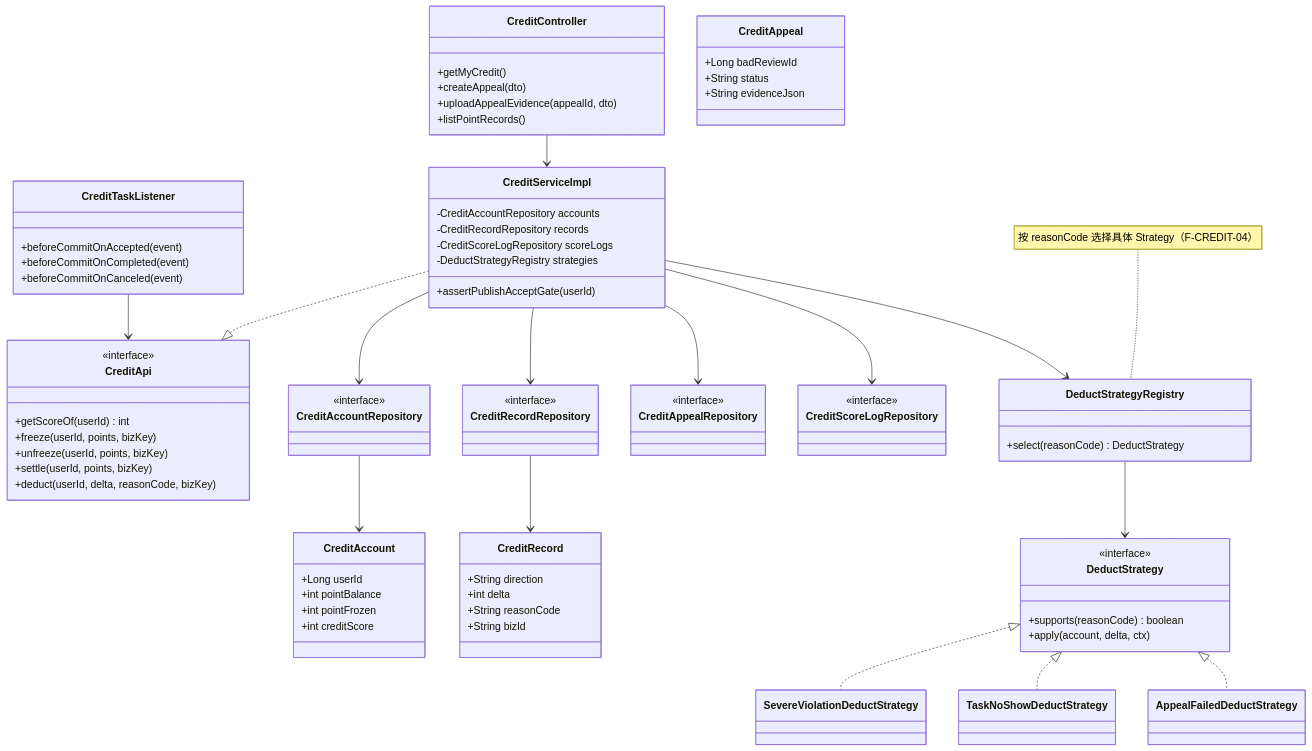
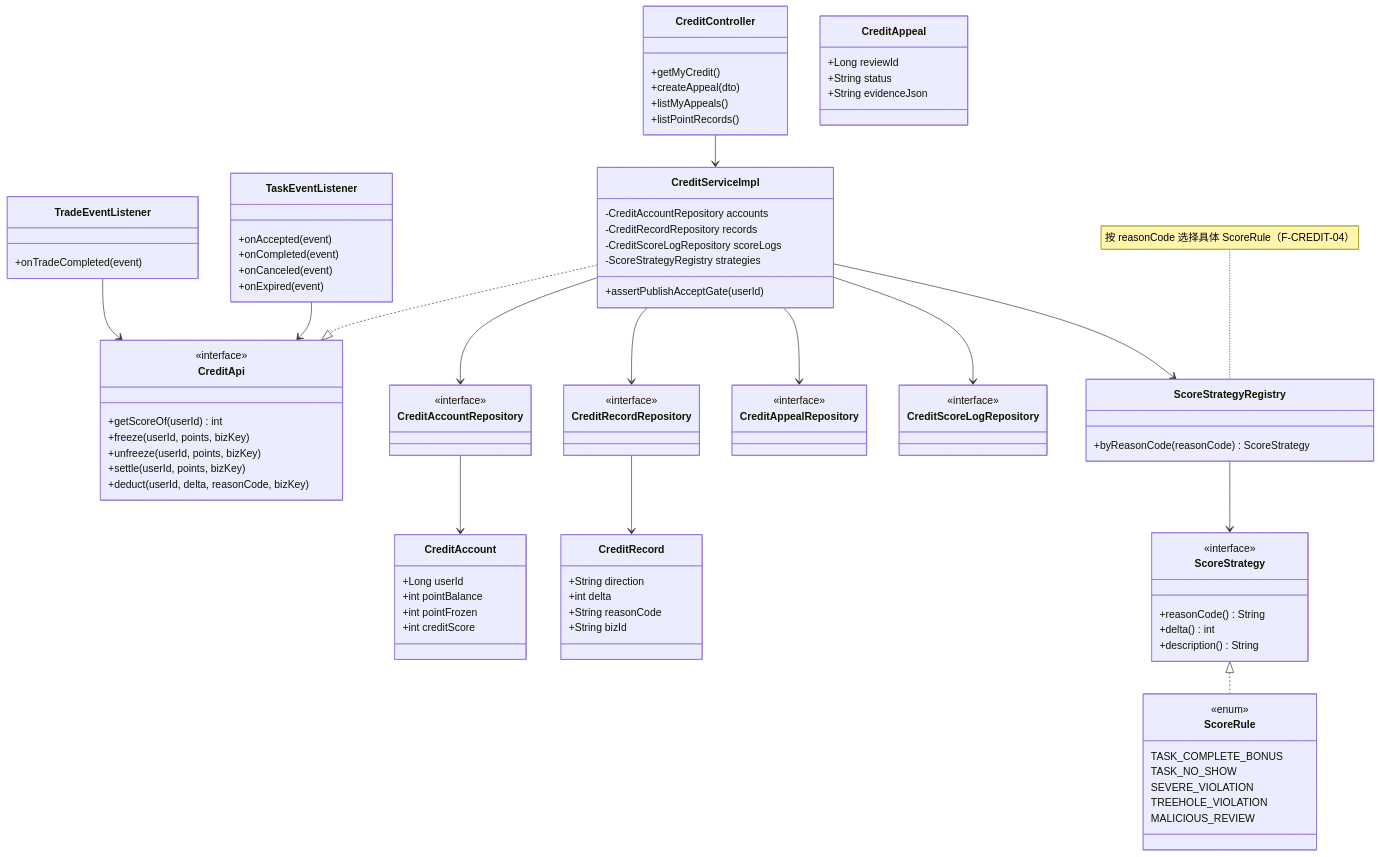
One commit to HEYWEEN/CampusHub changed the fifth of 7 diagrams in docs/P3/04_核心类图.md. Above: the diagram before and after it, drawn with Mermaid. The commit also changed other lines of this file and 15 other files, not shown here.

````diff
--- a/docs/P3/04_核心类图.md
+++ b/docs/P3/04_核心类图.md
@@ -491,7 +522,7 @@
   class CreditController {
     +getMyCredit()
     +createAppeal(dto)
-    +uploadAppealEvidence(appealId, dto)
+    +listMyAppeals()
     +listPointRecords()
   }
   class CreditApi {
@@ -506,7 +537,7 @@
     -CreditAccountRepository accounts
     -CreditRecordRepository records
     -CreditScoreLogRepository scoreLogs
-    -DeductStrategyRegistry strategies
+    -ScoreStrategyRegistry strategies
     +assertPublishAcceptGate(userId)
   }
   class CreditAccount {
@@ -522,7 +553,7 @@
     +String bizId
   }
   class CreditAppeal {
-    +Long badReviewId
+    +Long reviewId
     +String status
     +String evidenceJson
   }
@@ -539,22 +570,32 @@
     <<interface>>
   }
 
-  class DeductStrategyRegistry {
-    +select(reasonCode) DeductStrategy
+  class ScoreStrategyRegistry {
+    +byReasonCode(reasonCode) ScoreStrategy
   }
-  class DeductStrategy {
+  class ScoreStrategy {
     <<interface>>
-    +supports(reasonCode) boolean
-    +apply(account, delta, ctx)
+    +reasonCode() String
+    +delta() int
+    +description() String
   }
-  class SevereViolationDeductStrategy
-  class TaskNoShowDeductStrategy
-  class AppealFailedDeductStrategy
+  class ScoreRule {
+    <<enum>>
+    TASK_COMPLETE_BONUS
+    TASK_NO_SHOW
+    SEVERE_VIOLATION
+    TREEHOLE_VIOLATION
+    MALICIOUS_REVIEW
+  }
 
-  class CreditTaskListener {
-    +beforeCommitOnAccepted(event)
-    +beforeCommitOnCompleted(event)
-    +beforeCommitOnCanceled(event)
+  class TaskEventListener {
+    +onAccepted(event)
+    +onCompleted(event)
+    +onCanceled(event)
+    +onExpired(event)
+  }
+  class TradeEventListener {
+    +onTradeCompleted(event)
   }
 
   CreditController --> CreditServiceImpl
@@ -563,14 +604,13 @@
   CreditServiceImpl --> CreditRecordRepository
   CreditServiceImpl --> CreditAppealRepository
   CreditServiceImpl --> CreditScoreLogRepository
-  CreditServiceImpl --> DeductStrategyRegistry
-  DeductStrategyRegistry --> DeductStrategy
-  DeductStrategy <|.. SevereViolationDeductStrategy
-  DeductStrategy <|.. TaskNoShowDeductStrategy
-  DeductStrategy <|.. AppealFailedDeductStrategy
-  CreditTaskListener --> CreditApi
+  CreditServiceImpl --> ScoreStrategyRegistry
+  ScoreStrategyRegistry --> ScoreStrategy
+  ScoreStrategy <|.. ScoreRule
+  TaskEventListener --> CreditApi
+  TradeEventListener --> CreditApi
   CreditAccountRepository --> CreditAccount
   CreditRecordRepository --> CreditRecord
 
-  note for DeductStrategyRegistry "按 reasonCode 选择具体 Strategy（F-CREDIT-04）"
+  note for ScoreStrategyRegistry "按 reasonCode 选择具体 ScoreRule（F-CREDIT-04）"
 ```
````
